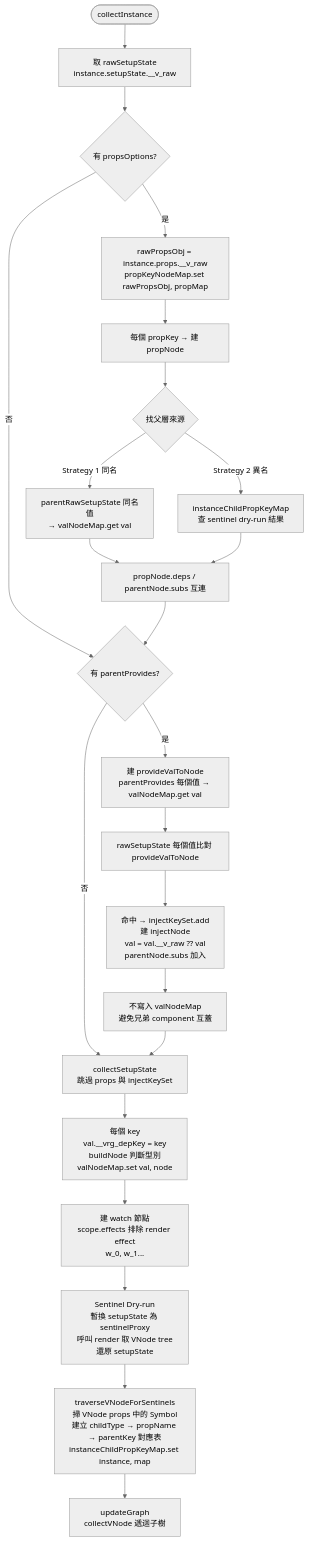
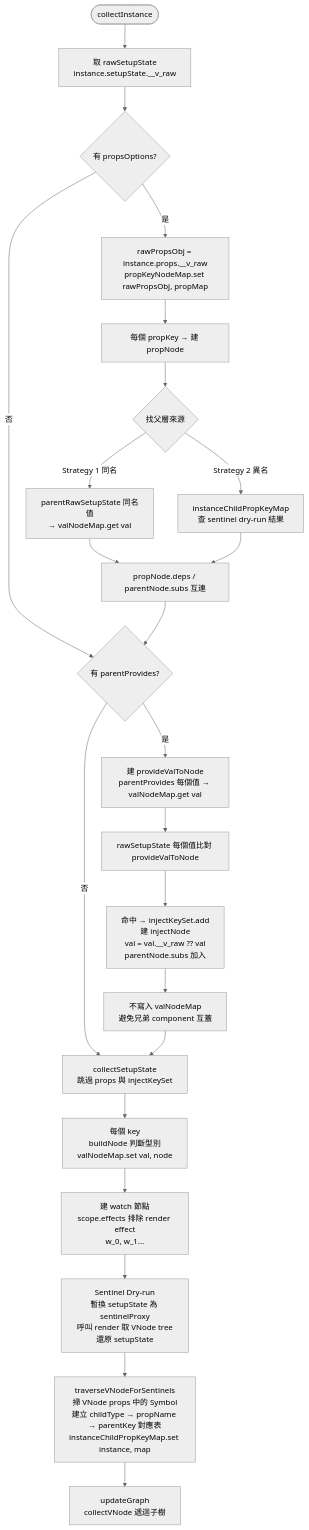
The third of 4 diagrams in ARCHITECTURE.md (allenstu6311/Vue-reactivity-graph), drawn with Mermaid (neutral theme) before and after one commit. The commit also changed other lines of this file and 9 other files, not shown here.

````diff
--- a/ARCHITECTURE.md
+++ b/ARCHITECTURE.md
@@ -62,31 +62,31 @@
 ```mermaid
 graph TD
     A([collectInstance]) --> B[取 rawSetupState\ninstance.setupState.__v_raw]
 
     B --> C{有 propsOptions?}
     C -->|是| D[rawPropsObj = instance.props.__v_raw\npropKeyNodeMap.set rawPropsObj, propMap]
     D --> E[每個 propKey → 建 propNode]
     E --> F{找父層來源}
     F -->|Strategy 1 同名| G[parentRawSetupState 同名值\n→ valNodeMap.get val]
     F -->|Strategy 2 異名| H[instanceChildPropKeyMap\n查 sentinel dry-run 結果]
     G --> I[propNode.deps / parentNode.subs 互連]
     H --> I
     C -->|否| J
 
     I --> J{有 parentProvides?}
     J -->|是| K[建 provideValToNode\nparentProvides 每個值 → valNodeMap.get val]
     K --> L[rawSetupState 每個值比對 provideValToNode]
     L --> M[命中 → injectKeySet.add\n建 injectNode\nval = val.__v_raw ?? val\nparentNode.subs 加入]
     M --> N[不寫入 valNodeMap\n避免兄弟 component 互蓋]
     J -->|否| O
 
     N --> O[collectSetupState\n跳過 props 與 injectKeySet]
-    O --> P[每個 key\nval.__vrg_depKey = key\nbuildNode 判斷型別\nvalNodeMap.set val, node]
+    O --> P[每個 key\nbuildNode 判斷型別\nvalNodeMap.set val, node]
 
     P --> Q[建 watch 節點\nscope.effects 排除 render effect\nw_0, w_1...]
 
     Q --> R[Sentinel Dry-run\n暫換 setupState 為 sentinelProxy\n呼叫 render 取 VNode tree\n還原 setupState]
     R --> S[traverseVNodeForSentinels\n掃 VNode props 中的 Symbol\n建立 childType → propName → parentKey 對應表\ninstanceChildPropKeyMap.set instance, map]
 
     S --> T[updateGraph\ncollectVNode 遞迴子樹]
 ```
````
